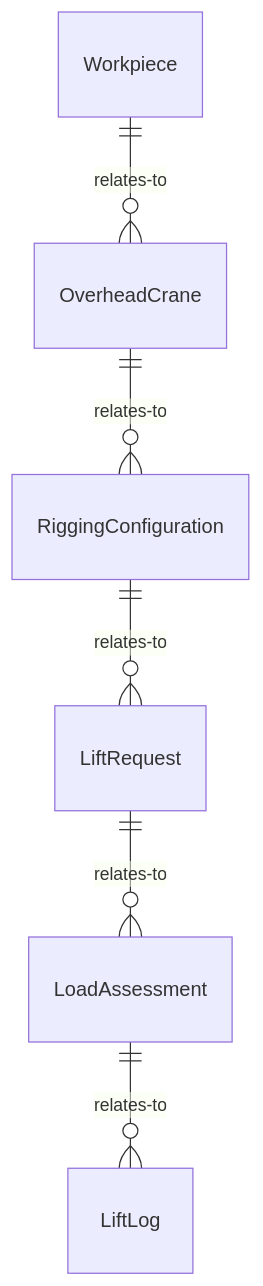
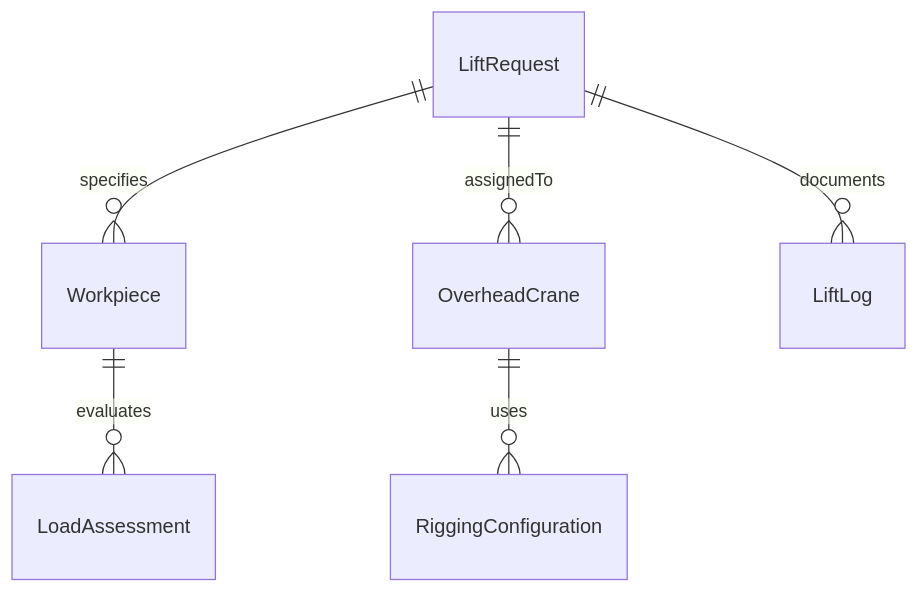
One commit to dot-org-ai/tasks.org.ai changed the first of 4 diagrams in ControllingMachinesAndProcesses/OperateLiftingOrMovingEquipment/LiftMaterialsWorkpiecesUsingCranes.mdx. Above: the diagram before and after it, drawn with Mermaid. The commit also changed other lines of this file and 515 other files, not shown here.

````diff
--- a/ControllingMachinesAndProcesses/OperateLiftingOrMovingEquipment/LiftMaterialsWorkpiecesUsingCranes.mdx
+++ b/ControllingMachinesAndProcesses/OperateLiftingOrMovingEquipment/LiftMaterialsWorkpiecesUsingCranes.mdx
@@ -87,8 +87,8 @@
 ```mermaid
 erDiagram
-    Workpiece ||--o{ OverheadCrane : relates-to
-    OverheadCrane ||--o{ RiggingConfiguration : relates-to
-    RiggingConfiguration ||--o{ LiftRequest : relates-to
-    LiftRequest ||--o{ LoadAssessment : relates-to
-    LoadAssessment ||--o{ LiftLog : relates-to
+    LiftRequest ||--o{ Workpiece : specifies
+    Workpiece ||--o{ LoadAssessment : evaluates
+    OverheadCrane ||--o{ RiggingConfiguration : uses
+    LiftRequest ||--o{ OverheadCrane : assignedTo
+    LiftRequest ||--o{ LiftLog : documents
 ```
````
